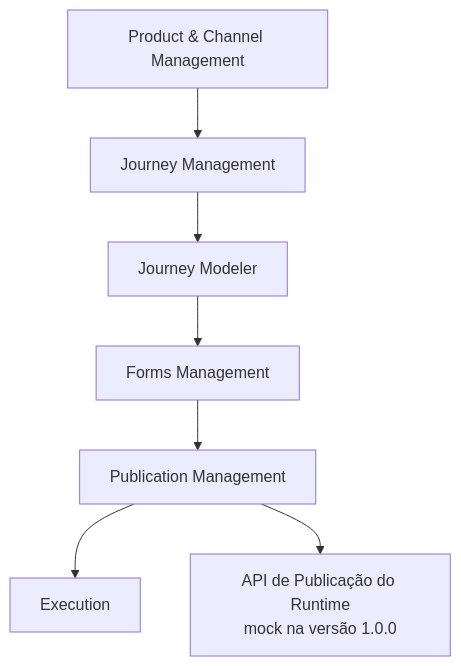
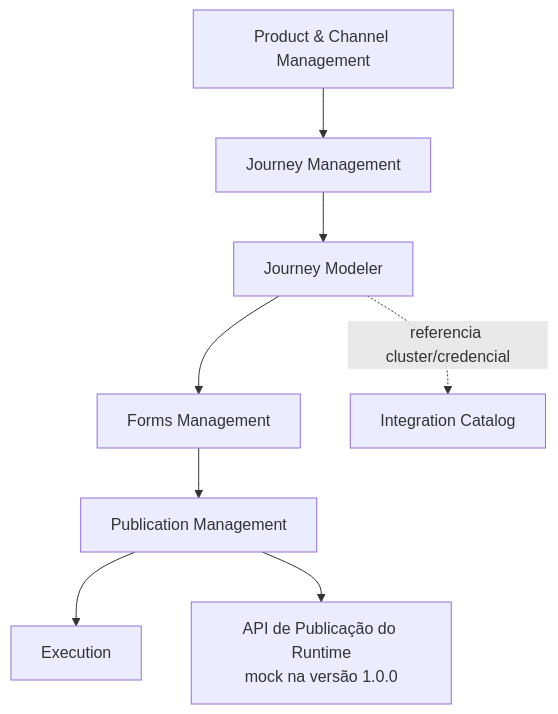
The second of 9 diagrams in requisitos/admin/ej-admin-arquitetura-logica.md (hermesnet-git/journey-admin), drawn with Mermaid before and after one commit. The commit also changed other lines of this file and 82 other files, not shown here.

````diff
--- a/requisitos/admin/ej-admin-arquitetura-logica.md
+++ b/requisitos/admin/ej-admin-arquitetura-logica.md
@@ -145,18 +147,20 @@
 ```mermaid
 flowchart TD
     CATALOG[Product & Channel Management]
     JOURNEY[Journey Management]
     MODELER[Journey Modeler]
     FORMS[Forms Management]
     EXECUTION[Execution]
     PUBLICATION[Publication Management]
+    INTEGCATALOG[Integration Catalog]
     RUNTIME_API[API de Publicação do Runtime<br/>mock na versão 1.0.0]
 
     CATALOG --> JOURNEY
     JOURNEY --> MODELER
     MODELER --> FORMS
     FORMS --> PUBLICATION
     PUBLICATION --> EXECUTION
     PUBLICATION --> RUNTIME_API
+    MODELER -.->|referencia cluster/credencial| INTEGCATALOG
 
 ```
````
